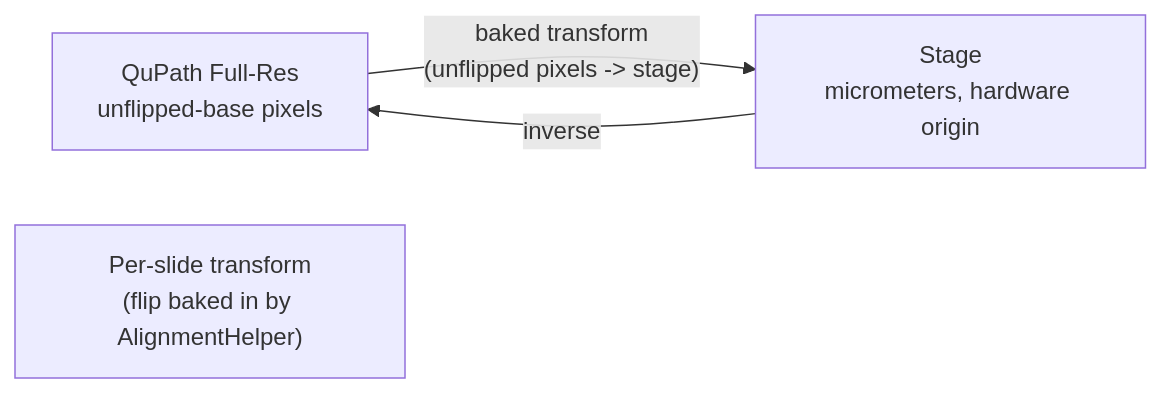
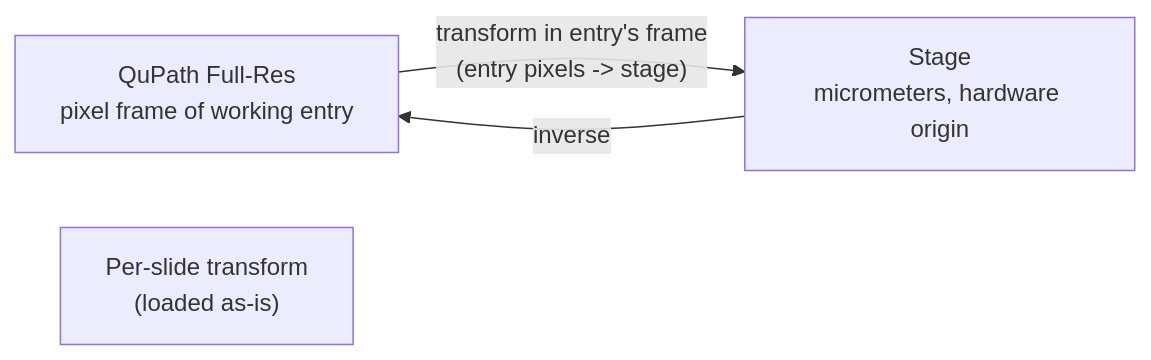
The first of 4 diagrams in documentation/developer/COORDINATE_TRANSFORMS.md (uw-loci/qupath-extension-qpsc), drawn with Mermaid before and after one commit. The commit also changed other lines of this file, not shown here.

First line of the commit message:
docs(coordinate-transforms): per-slide transform is loaded as-is, no flip bake

````diff
--- a/documentation/developer/COORDINATE_TRANSFORMS.md
+++ b/documentation/developer/COORDINATE_TRANSFORMS.md
@@ -15,9 +15,9 @@
 ```mermaid
 graph LR
-    QP["QuPath Full-Res<br/>unflipped-base pixels"]
-    BAKED["Per-slide transform<br/>(flip baked in by AlignmentHelper)"]
+    QP["QuPath Full-Res<br/>pixel frame of working entry"]
+    TRANSFORM["Per-slide transform<br/>(loaded as-is)"]
     ST["Stage<br/>micrometers, hardware origin"]
 
-    QP -->|"baked transform<br/>(unflipped pixels -> stage)"| ST
+    QP -->|"transform in entry's frame<br/>(entry pixels -> stage)"| ST
     ST -->|"inverse"| QP
 ```
````
